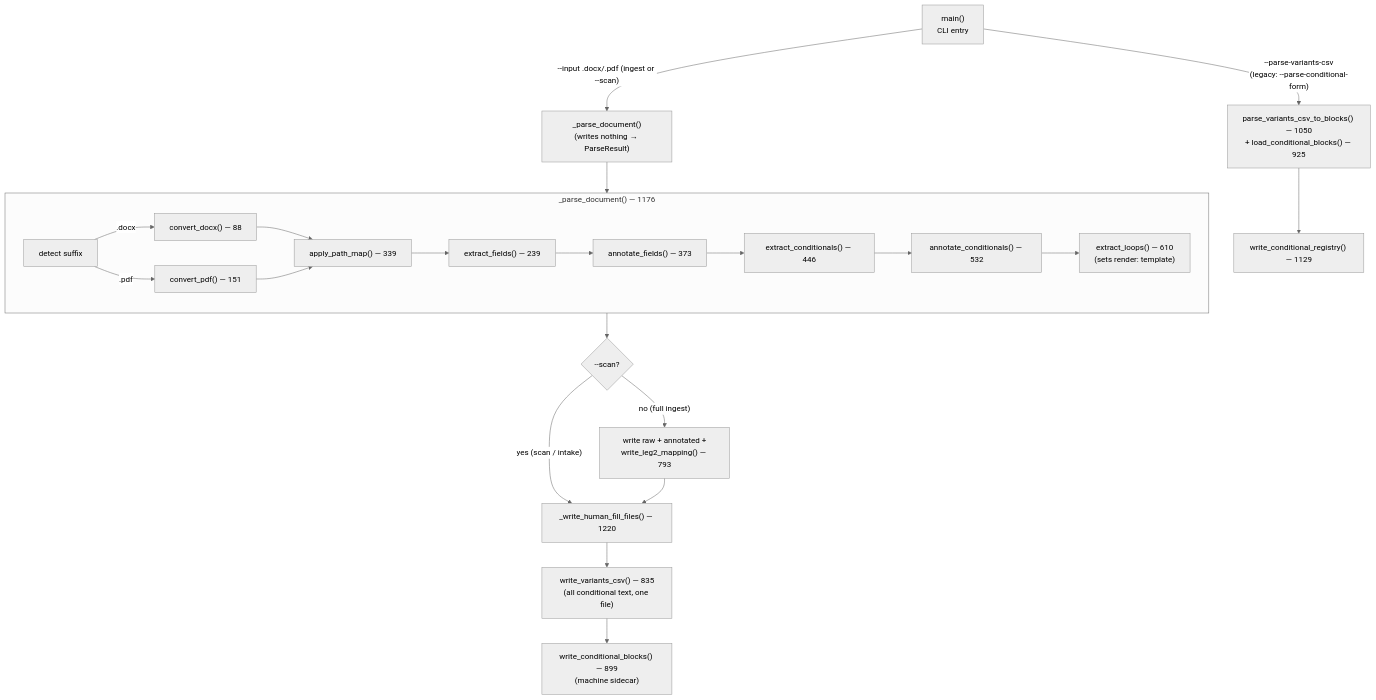
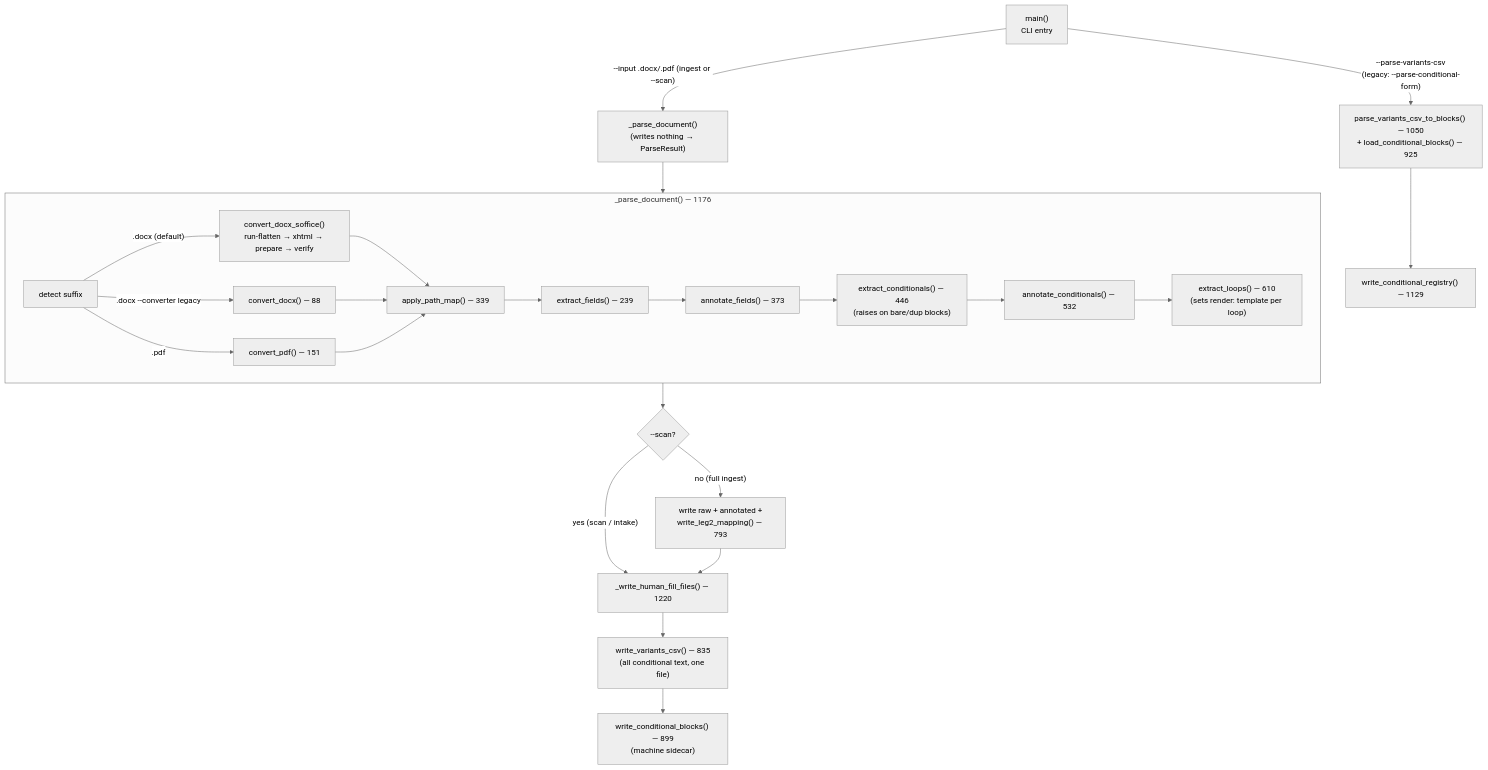
The first of 5 diagrams in docs/leg-internals.md (joshlawrence-web/socotra-document-conversion), drawn with Mermaid (neutral theme) before and after one commit. The commit also changed other lines of this file and 59 other files, not shown here.

````diff
--- a/docs/leg-internals.md
+++ b/docs/leg-internals.md
@@ -16,27 +16,29 @@
 ```mermaid
 flowchart TD
   A["main()<br/>CLI entry"] -->|"--parse-variants-csv<br/>(legacy: --parse-conditional-form)"| B["parse_variants_csv_to_blocks() — 1050<br/>+ load_conditional_blocks() — 925"]
   A -->|"--input .docx/.pdf (ingest or --scan)"| P["_parse_document()<br/>(writes nothing → ParseResult)"]
 
   subgraph PD["_parse_document() — 1176"]
     C["detect suffix"]
-    C -->|.docx| D["convert_docx() — 88"]
+    C -->|".docx (default)"| D2["convert_docx_soffice()<br/>run-flatten → xhtml → prepare → verify"]
+    C -->|".docx --converter legacy"| D["convert_docx() — 88"]
     C -->|.pdf| E["convert_pdf() — 151"]
+    D2 --> F
     D --> F["apply_path_map() — 339"]
     E --> F
     F --> G["extract_fields() — 239"]
     G --> H["annotate_fields() — 373"]
-    H --> I["extract_conditionals() — 446"]
+    H --> I["extract_conditionals() — 446<br/>(raises on bare/dup blocks)"]
     I --> J["annotate_conditionals() — 532"]
-    J --> K["extract_loops() — 610<br/>(sets render: template)"]
+    J --> K["extract_loops() — 610<br/>(sets render: template per loop)"]
   end
 
   P --> PD
   PD --> Q{--scan?}
   Q -->|"yes (scan / intake)"| W["_write_human_fill_files() — 1220"]
   Q -->|"no (full ingest)"| L["write raw + annotated +<br/>write_leg2_mapping() — 793"]
   L --> W
   W --> M["write_variants_csv() — 835<br/>(all conditional text, one file)"]
   M --> N["write_conditional_blocks() — 899<br/>(machine sidecar)"]
   B --> O["write_conditional_registry() — 1129"]
 ```
````
